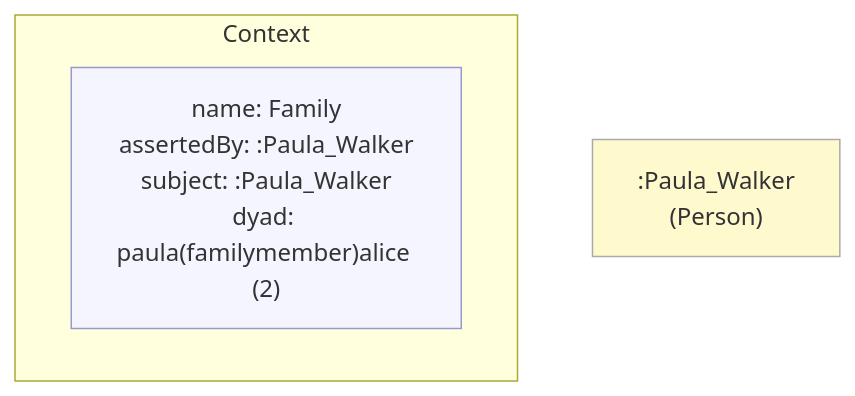
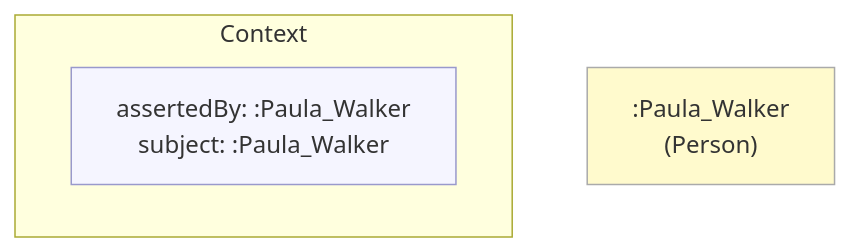
The diagram in example/contexts/images/03-paula(familymember)paula.mmd (MeeFoundation/mia-ontologies), drawn with Mermaid before and after one commit. The commit also changed 118 other files, not shown here.

```diff
--- a/example/contexts/images/03-paula(familymember)paula.mmd
+++ b/example/contexts/images/03-paula(familymember)paula.mmd
@@ -1,13 +1,13 @@
 flowchart TD
     classDef person fill:#fffacd,stroke:#aaa,color:#333
     classDef grp    fill:#d4edda,stroke:#aaa,color:#333
     classDef org    fill:#cce5ff,stroke:#aaa,color:#333
     classDef lit    fill:none,stroke:none,font-style:italic,color:#2a7a2a
     classDef meta   fill:#f5f5ff,stroke:#9999cc,color:#333
 
     subgraph ctx["Context"]
         direction LR
-        ctx_meta["name: Family\nassertedBy: :Paula_Walker\nsubject: :Paula_Walker\ndyad: paula(familymember)alice (2)"]:::meta
+        ctx_meta["assertedBy: :Paula_Walker\nsubject: :Paula_Walker"]:::meta
     end
 
     nf4296ab13de4[":Paula_Walker\n(Person)"]:::person
```
